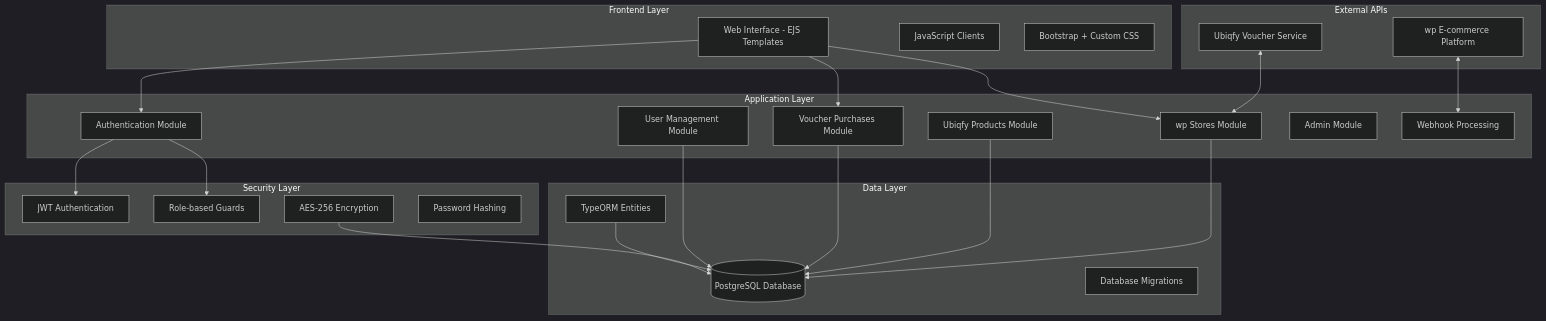
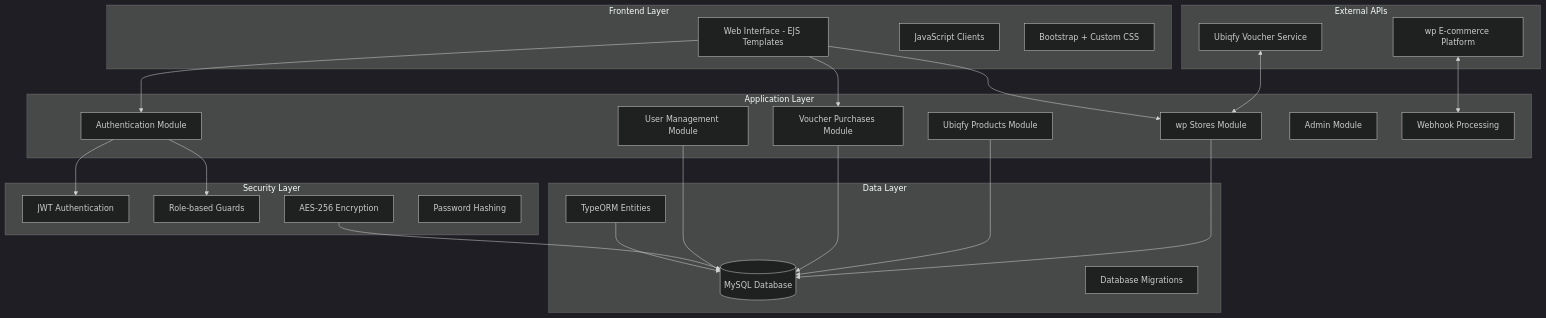
Before and after one commit to orabi2012/wp-ubiqfy-integration: the first of 4 diagrams in TECHNICAL_ANALYSIS.md, drawn with Mermaid (dark theme). The commit also changed other lines of this file and 29 other files, not shown here.

````diff
--- a/TECHNICAL_ANALYSIS.md
+++ b/TECHNICAL_ANALYSIS.md
@@ -44,56 +44,56 @@
 ```mermaid
 graph TB
     %% External Systems
     subgraph "External APIs"
         wp[wp E-commerce Platform]
         UBIQFY[Ubiqfy Voucher Service]
     end
 
     %% Frontend Layer
     subgraph "Frontend Layer"
         WEB[Web Interface - EJS Templates]
         JS[JavaScript Clients]
         CSS[Bootstrap + Custom CSS]
     end
 
     %% Application Layer
     subgraph "Application Layer"
         AUTH[Authentication Module]
         STORES[wp Stores Module]
         PRODUCTS[Ubiqfy Products Module]
         VOUCHERS[Voucher Purchases Module]
         USERS[User Management Module]
         ADMIN[Admin Module]
         WEBHOOKS[Webhook Processing]
     end
 
     %% Security Layer
     subgraph "Security Layer"
         JWT[JWT Authentication]
         GUARDS[Role-based Guards]
         CRYPTO[AES-256 Encryption]
         PASS[Password Hashing]
     end
 
     %% Data Layer
     subgraph "Data Layer"
-        DB[(PostgreSQL Database)]
+        DB[(MySQL Database)]
         ENTITIES[TypeORM Entities]
         MIGRATIONS[Database Migrations]
     end
 
     %% Connections
     wp <--> WEBHOOKS
     UBIQFY <--> STORES
     WEB --> AUTH
     WEB --> STORES
     WEB --> VOUCHERS
     AUTH --> JWT
     AUTH --> GUARDS
     STORES --> DB
     PRODUCTS --> DB
     VOUCHERS --> DB
     USERS --> DB
     CRYPTO --> DB
     ENTITIES --> DB
 ```
````
